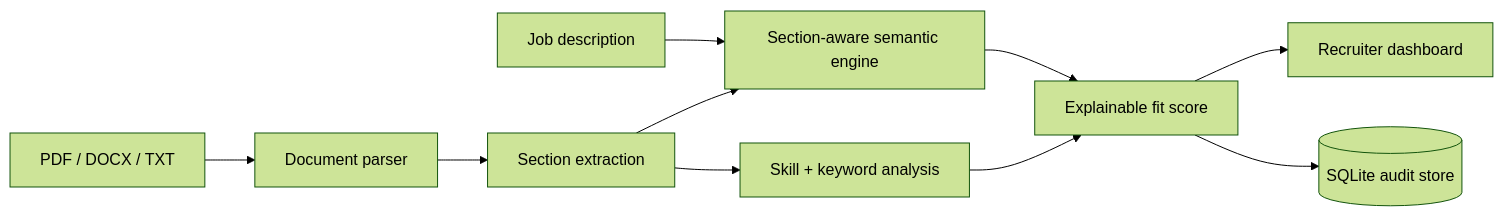
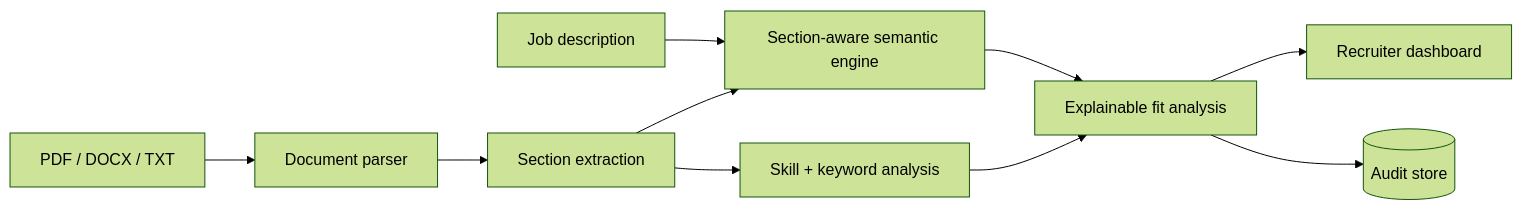
The diagram in README.md (rsswethaa/resume-analyser-classifier), drawn with Mermaid (forest theme) before and after one commit. The commit also changed other lines of this file, not shown here.

Commit message:
Refocus resume analyser README on explainable ranking and live demo

````diff
--- a/README.md
+++ b/README.md
@@ -24,12 +38,12 @@
 ```mermaid
 flowchart LR
   F[PDF / DOCX / TXT] --> P[Document parser]
   P --> X[Section extraction]
   J[Job description] --> S[Section-aware semantic engine]
   X --> S
   X --> K[Skill + keyword analysis]
-  S --> R[Explainable fit score]
+  S --> R[Explainable fit analysis]
   K --> R
   R --> D[Recruiter dashboard]
-  R --> DB[(SQLite audit store)]
+  R --> DB[(Audit store)]
 ```
````
